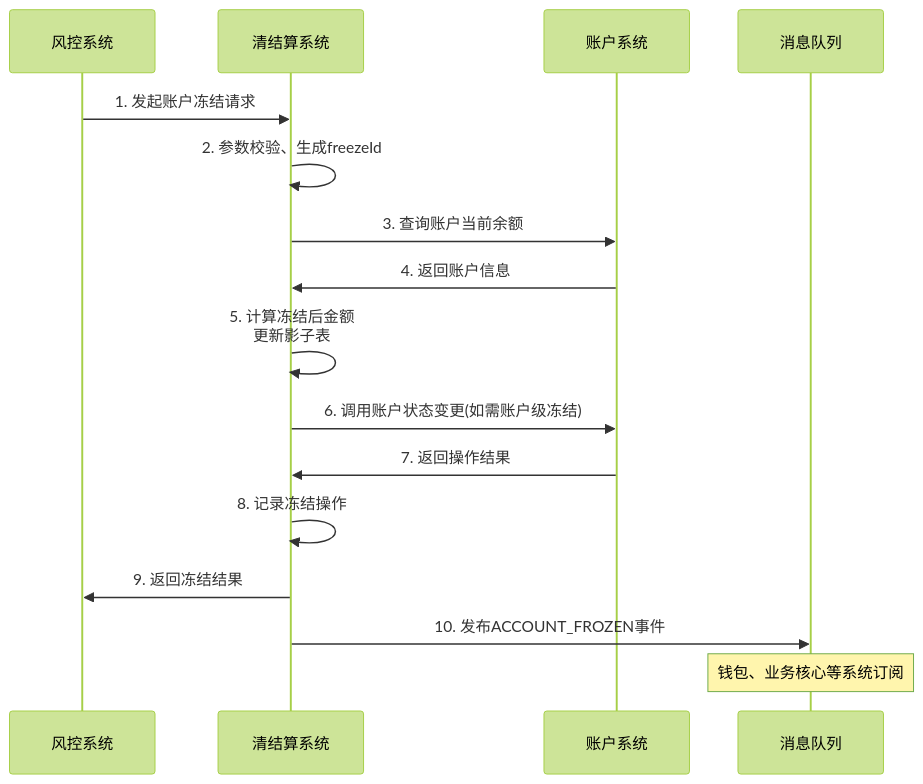
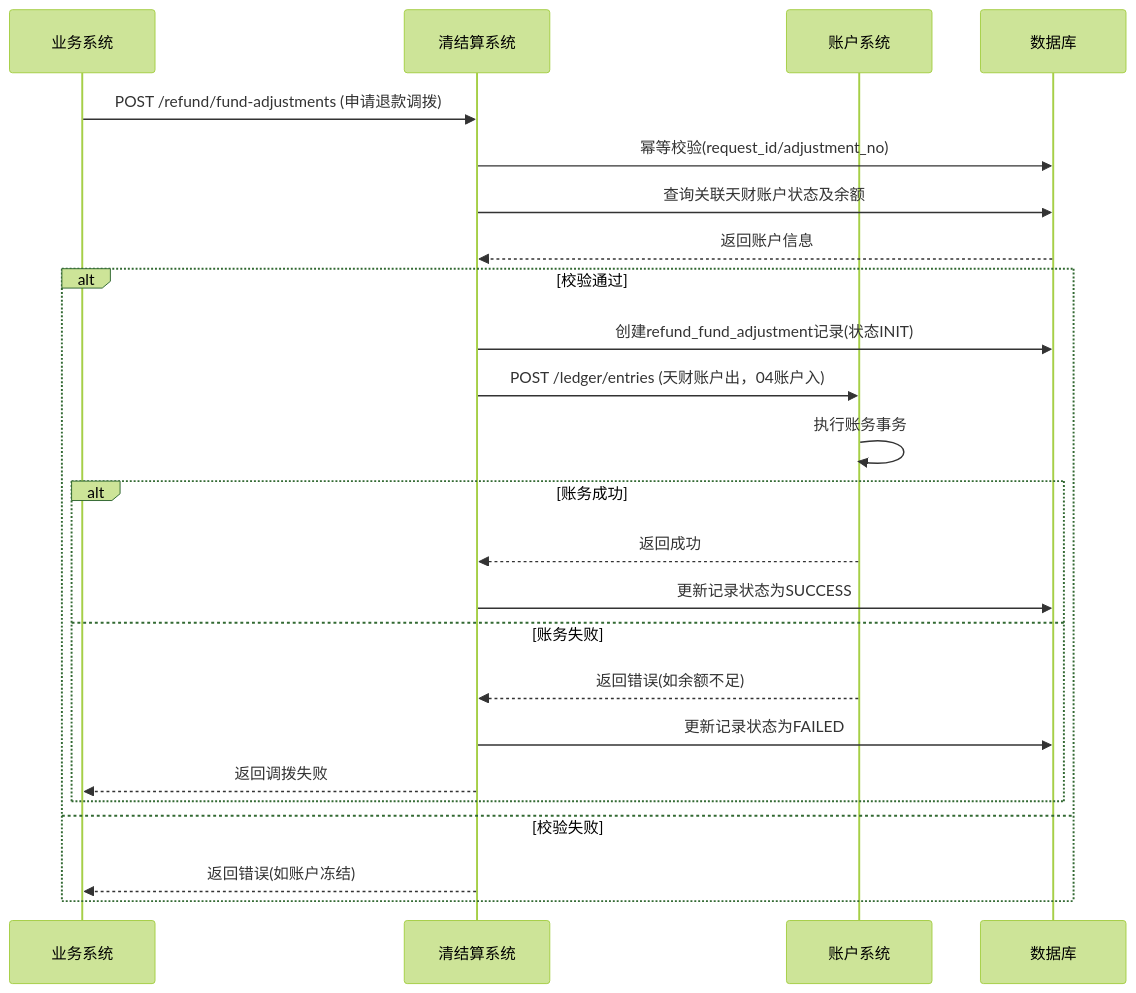
One commit to youzi211/AiCoding changed the second of 2 diagrams in data/天财分账需求/gpt-5.2/workspace/02_modules/module_清结算系统.md. Above: the diagram before and after it, drawn with Mermaid (forest theme). The commit also changed other lines of this file and 29 other files, not shown here.

````diff
--- a/data/天财分账需求/gpt-5.2/workspace/02_modules/module_清结算系统.md
+++ b/data/天财分账需求/gpt-5.2/workspace/02_modules/module_清结算系统.md
@@ -601,20 +271,27 @@
 ```mermaid
 sequenceDiagram
-    participant R as 风控系统
+    participant B as 业务系统
     participant S as 清结算系统
     participant A as 账户系统
-    participant MQ as 消息队列
+    participant DB as 数据库
 
-    R->>S: 1. 发起账户冻结请求
-    S->>S: 2. 参数校验、生成freezeId
-    S->>A: 3. 查询账户当前余额
-    A->>S: 4. 返回账户信息
-    S->>S: 5. 计算冻结后金额<br/>更新影子表
-    S->>A: 6. 调用账户状态变更(如需账户级冻结)
-    A->>S: 7. 返回操作结果
-    S->>S: 8. 记录冻结操作
-    S->>R: 9. 返回冻结结果
-    
-    S->>MQ: 10. 发布ACCOUNT_FROZEN事件
-    Note over MQ: 钱包、业务核心等系统订阅
+    B->>S: POST /refund/fund-adjustments (申请退款调拨)
+    S->>DB: 幂等校验(request_id/adjustment_no)
+    S->>DB: 查询关联天财账户状态及余额
+    DB-->>S: 返回账户信息
+    alt 校验通过
+        S->>DB: 创建refund_fund_adjustment记录(状态INIT)
+        S->>A: POST /ledger/entries (天财账户出，04账户入)
+        A->>A: 执行账务事务
+        alt 账务成功
+            A-->>S: 返回成功
+            S->>DB: 更新记录状态为SUCCESS
+        else 账务失败
+            A-->>S: 返回错误(如余额不足)
+            S->>DB: 更新记录状态为FAILED
+            S-->>B: 返回调拨失败
+        end
+    else 校验失败
+        S-->>B: 返回错误(如账户冻结)
+    end
 ```
````
